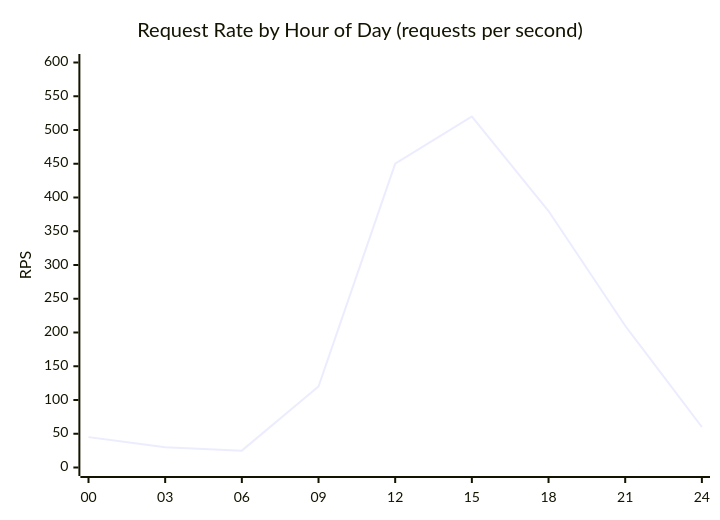
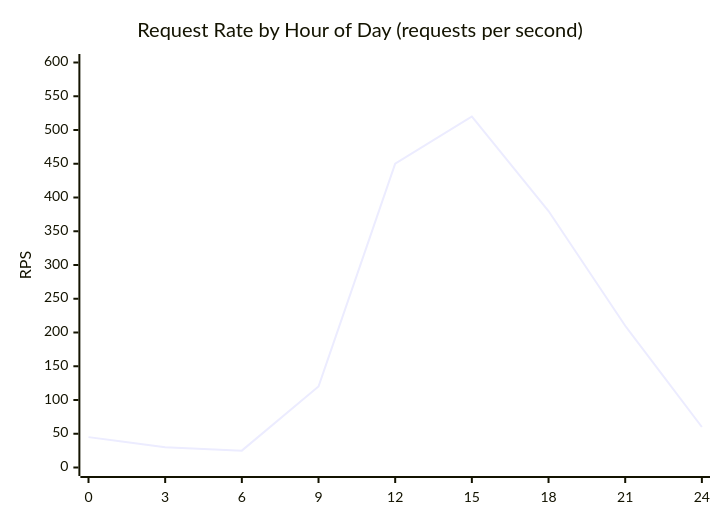
Diagram 11 of 50 in lab0.4/README.md (Shahriarin2garden/vllm_from_scratch), drawn with Mermaid before and after one commit. The commit also changed other lines of this file, not shown here.

Commit message:
Update x-axis labels and improve diagram configurations in README.md for better clarity

````diff
--- a/lab0.4/README.md
+++ b/lab0.4/README.md
@@ -459,7 +465,7 @@
 ```mermaid
 xychart-beta
     title "Request Rate by Hour of Day (requests per second)"
-    x-axis ["00", "03", "06", "09", "12", "15", "18", "21", "24"]
+    x-axis [0, 3, 6, 9, 12, 15, 18, 21, 24]
     y-axis "RPS" 0 --> 600
     line [45, 30, 25, 120, 450, 520, 380, 210, 60]
 ```
````
